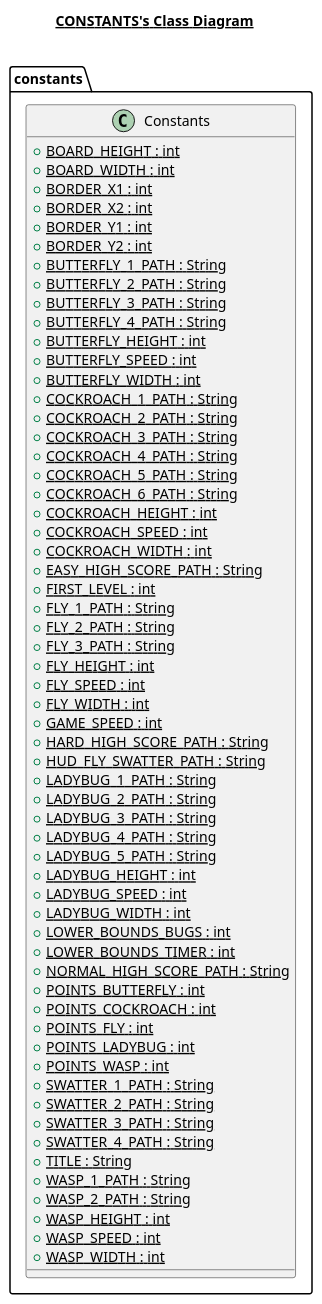
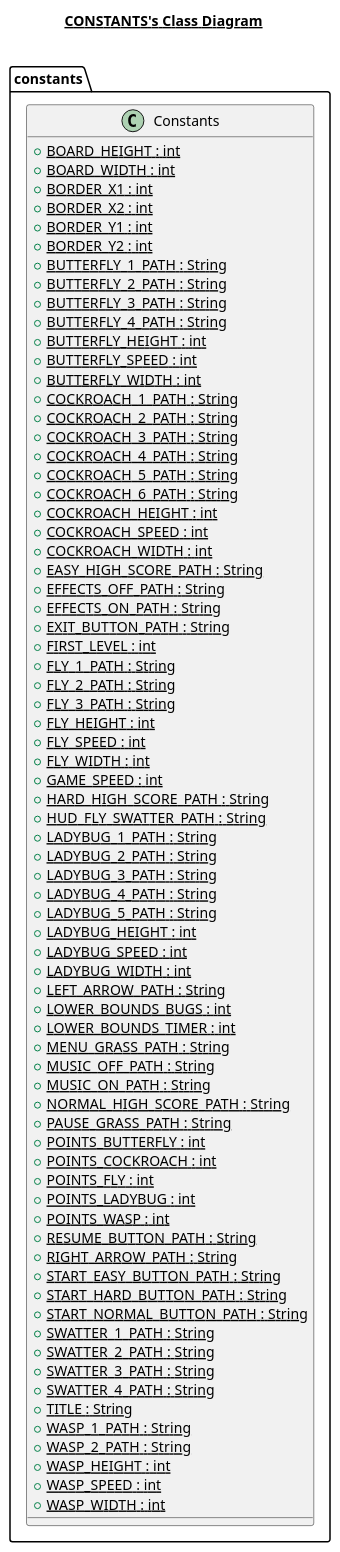
One commit to lcintini/JFlySwatter changed the diagram in src/constants/constants.plantuml. Above: the diagram before and after it, drawn with PlantUML. The commit also changed 10 other files, not shown here.

Commit message:
correzione diagrammi uml

```diff
--- a/src/constants/constants.plantuml
+++ b/src/constants/constants.plantuml
@@ -1,71 +1,84 @@
 @startuml
 
 title __CONSTANTS's Class Diagram__\n
 
   namespace constants {
       class constants.Constants {
           {static} + BOARD_HEIGHT : int
           {static} + BOARD_WIDTH : int
           {static} + BORDER_X1 : int
           {static} + BORDER_X2 : int
           {static} + BORDER_Y1 : int
           {static} + BORDER_Y2 : int
           {static} + BUTTERFLY_1_PATH : String
           {static} + BUTTERFLY_2_PATH : String
           {static} + BUTTERFLY_3_PATH : String
           {static} + BUTTERFLY_4_PATH : String
           {static} + BUTTERFLY_HEIGHT : int
           {static} + BUTTERFLY_SPEED : int
           {static} + BUTTERFLY_WIDTH : int
           {static} + COCKROACH_1_PATH : String
           {static} + COCKROACH_2_PATH : String
           {static} + COCKROACH_3_PATH : String
           {static} + COCKROACH_4_PATH : String
           {static} + COCKROACH_5_PATH : String
           {static} + COCKROACH_6_PATH : String
           {static} + COCKROACH_HEIGHT : int
           {static} + COCKROACH_SPEED : int
           {static} + COCKROACH_WIDTH : int
           {static} + EASY_HIGH_SCORE_PATH : String
+          {static} + EFFECTS_OFF_PATH : String
+          {static} + EFFECTS_ON_PATH : String
+          {static} + EXIT_BUTTON_PATH : String
           {static} + FIRST_LEVEL : int
           {static} + FLY_1_PATH : String
           {static} + FLY_2_PATH : String
           {static} + FLY_3_PATH : String
           {static} + FLY_HEIGHT : int
           {static} + FLY_SPEED : int
           {static} + FLY_WIDTH : int
           {static} + GAME_SPEED : int
           {static} + HARD_HIGH_SCORE_PATH : String
           {static} + HUD_FLY_SWATTER_PATH : String
           {static} + LADYBUG_1_PATH : String
           {static} + LADYBUG_2_PATH : String
           {static} + LADYBUG_3_PATH : String
           {static} + LADYBUG_4_PATH : String
           {static} + LADYBUG_5_PATH : String
           {static} + LADYBUG_HEIGHT : int
           {static} + LADYBUG_SPEED : int
           {static} + LADYBUG_WIDTH : int
+          {static} + LEFT_ARROW_PATH : String
           {static} + LOWER_BOUNDS_BUGS : int
           {static} + LOWER_BOUNDS_TIMER : int
+          {static} + MENU_GRASS_PATH : String
+          {static} + MUSIC_OFF_PATH : String
+          {static} + MUSIC_ON_PATH : String
           {static} + NORMAL_HIGH_SCORE_PATH : String
+          {static} + PAUSE_GRASS_PATH : String
           {static} + POINTS_BUTTERFLY : int
           {static} + POINTS_COCKROACH : int
           {static} + POINTS_FLY : int
           {static} + POINTS_LADYBUG : int
           {static} + POINTS_WASP : int
+          {static} + RESUME_BUTTON_PATH : String
+          {static} + RIGHT_ARROW_PATH : String
+          {static} + START_EASY_BUTTON_PATH : String
+          {static} + START_HARD_BUTTON_PATH : String
+          {static} + START_NORMAL_BUTTON_PATH : String
           {static} + SWATTER_1_PATH : String
           {static} + SWATTER_2_PATH : String
           {static} + SWATTER_3_PATH : String
           {static} + SWATTER_4_PATH : String
           {static} + TITLE : String
           {static} + WASP_1_PATH : String
           {static} + WASP_2_PATH : String
           {static} + WASP_HEIGHT : int
           {static} + WASP_SPEED : int
           {static} + WASP_WIDTH : int
       }
     }
   
 
 
 @enduml
```
